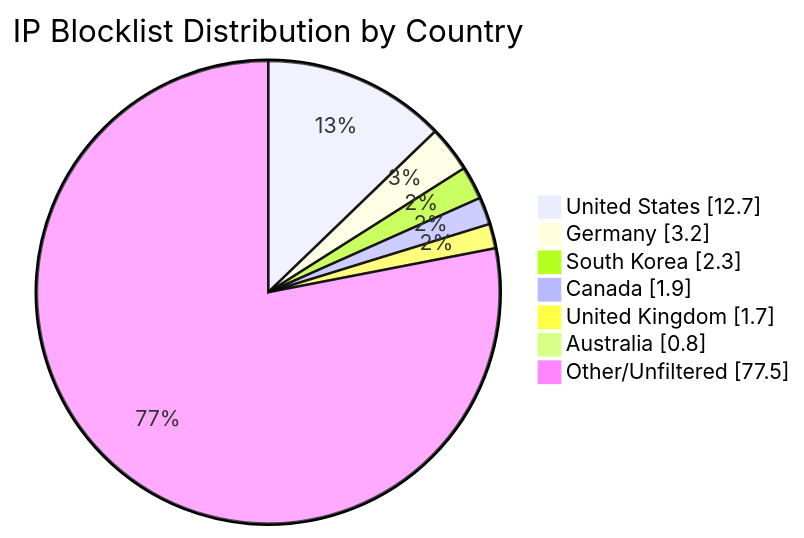
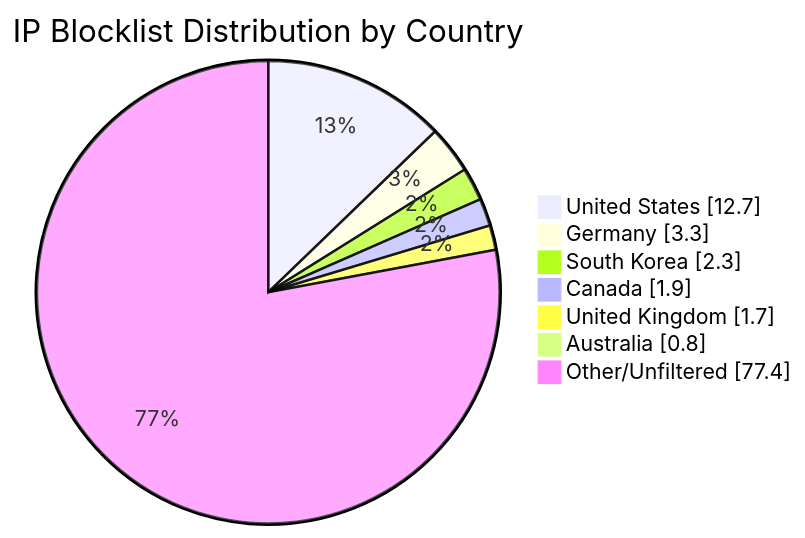
One commit to MarcusHoltz/ipblocklist-geofiltered-aggregator changed the diagram in README.md. Above: the diagram before and after it, drawn with Mermaid. The commit also changed other lines of this file and 9 other files, not shown here.

````diff
--- a/README.md
+++ b/README.md
@@ -34,10 +34,10 @@
 ```mermaid
 pie showData title IP Blocklist Distribution by Country
 "United States" : 12.7
-"Germany" : 3.2
+"Germany" : 3.3
 "South Korea" : 2.3
 "Canada" : 1.9
 "United Kingdom" : 1.7
 "Australia" : 0.8
-"Other/Unfiltered" : 77.5
+"Other/Unfiltered" : 77.4
 ```
````
